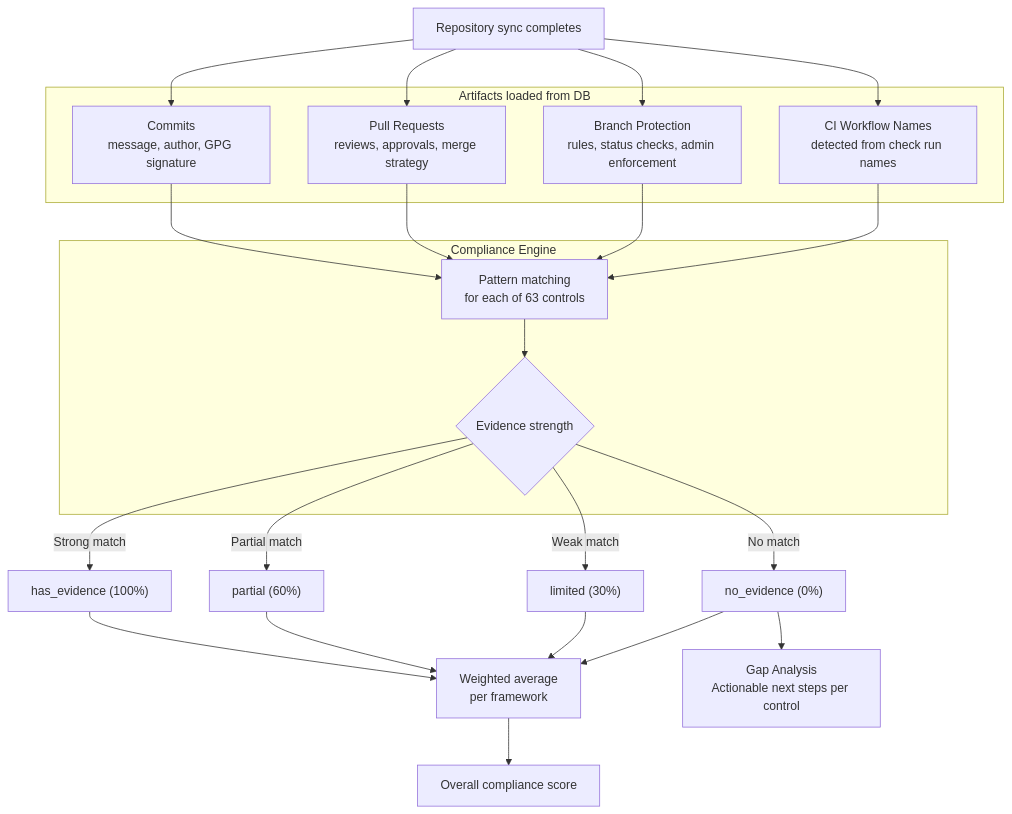
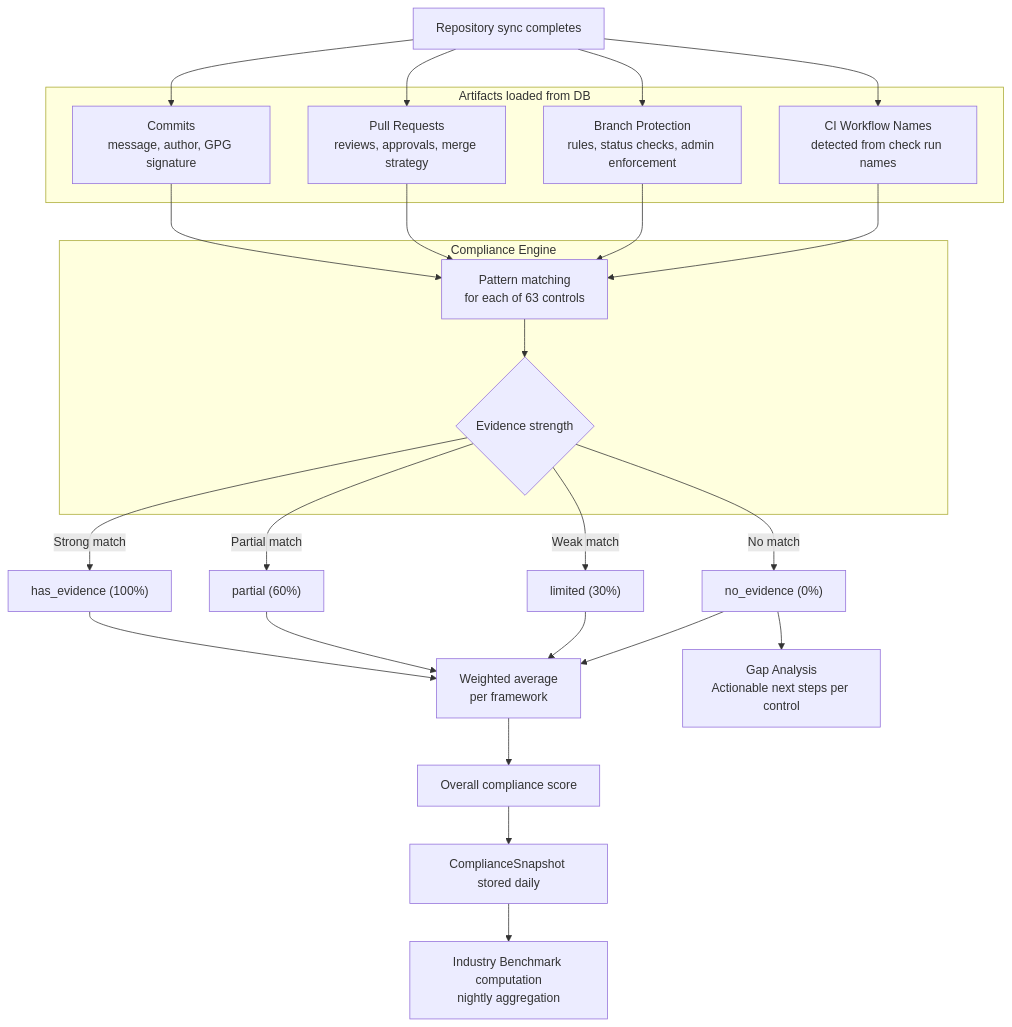
Diagram 11 of 16 in README.md (JohnJohnW/audittrail-dev), drawn with Mermaid before and after one commit. The commit also changed other lines of this file, not shown here.

````diff
--- a/README.md
+++ b/README.md
@@ -426,27 +531,29 @@
 ```mermaid
 flowchart TD
     A[Repository sync completes] --> B & C & D & E
 
     subgraph Artifacts ["Artifacts loaded from DB"]
         B["Commits\nmessage, author, GPG signature"]
         C["Pull Requests\nreviews, approvals, merge strategy"]
         D["Branch Protection\nrules, status checks, admin enforcement"]
         E["CI Workflow Names\ndetected from check run names"]
     end
 
     B & C & D & E --> F
 
     subgraph Engine ["Compliance Engine"]
         F["Pattern matching\nfor each of 63 controls"]
         F --> G{Evidence strength}
     end
 
     G -->|Strong match| H["has_evidence (100%)"]
     G -->|Partial match| I["partial (60%)"]
     G -->|Weak match| J["limited (30%)"]
     G -->|No match| K["no_evidence (0%)"]
 
     H & I & J & K --> L["Weighted average\nper framework"]
     L --> M[Overall compliance score]
-    K --> N["Gap Analysis\nActionable next steps per control"]
+    M --> N["ComplianceSnapshot stored daily"]
+    K --> O["Gap Analysis\nActionable next steps per control"]
+    N --> P["Industry Benchmark computation\nnightly aggregation"]
 ```
````
